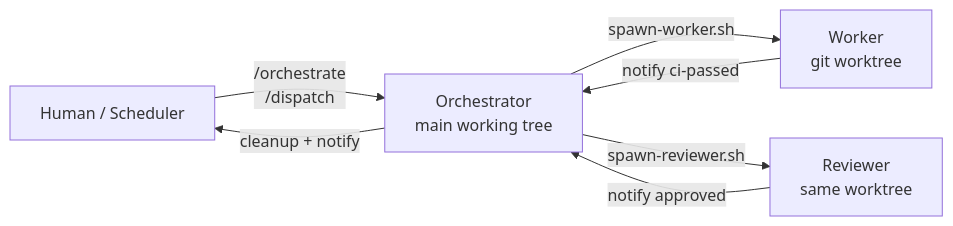
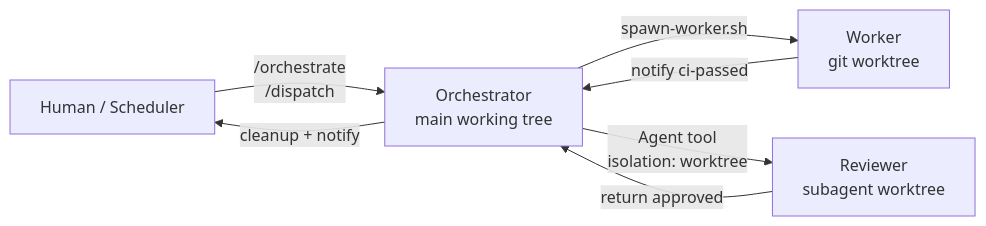
One commit to clonable-eden/cekernel changed the diagram in README.md. Above: the diagram before and after it, drawn with Mermaid. The commit also changed other lines of this file and 13 other files, not shown here.

First line of the commit message:
feat: run Reviewer as Orchestrator subagent with isolation: worktree

````diff
--- a/README.md
+++ b/README.md
@@ -10,9 +10,9 @@
 ```mermaid
 graph LR
     H[Human / Scheduler] -->|/orchestrate<br/>/dispatch| O[Orchestrator<br/>main working tree]
     O -->|spawn-worker.sh| W[Worker<br/>git worktree]
     W -->|notify ci-passed| O
-    O -->|spawn-reviewer.sh| R[Reviewer<br/>same worktree]
-    R -->|notify approved| O
+    O -->|Agent tool<br/>isolation: worktree| R[Reviewer<br/>subagent worktree]
+    R -->|return approved| O
     O -->|cleanup + notify| H
 ```
````
